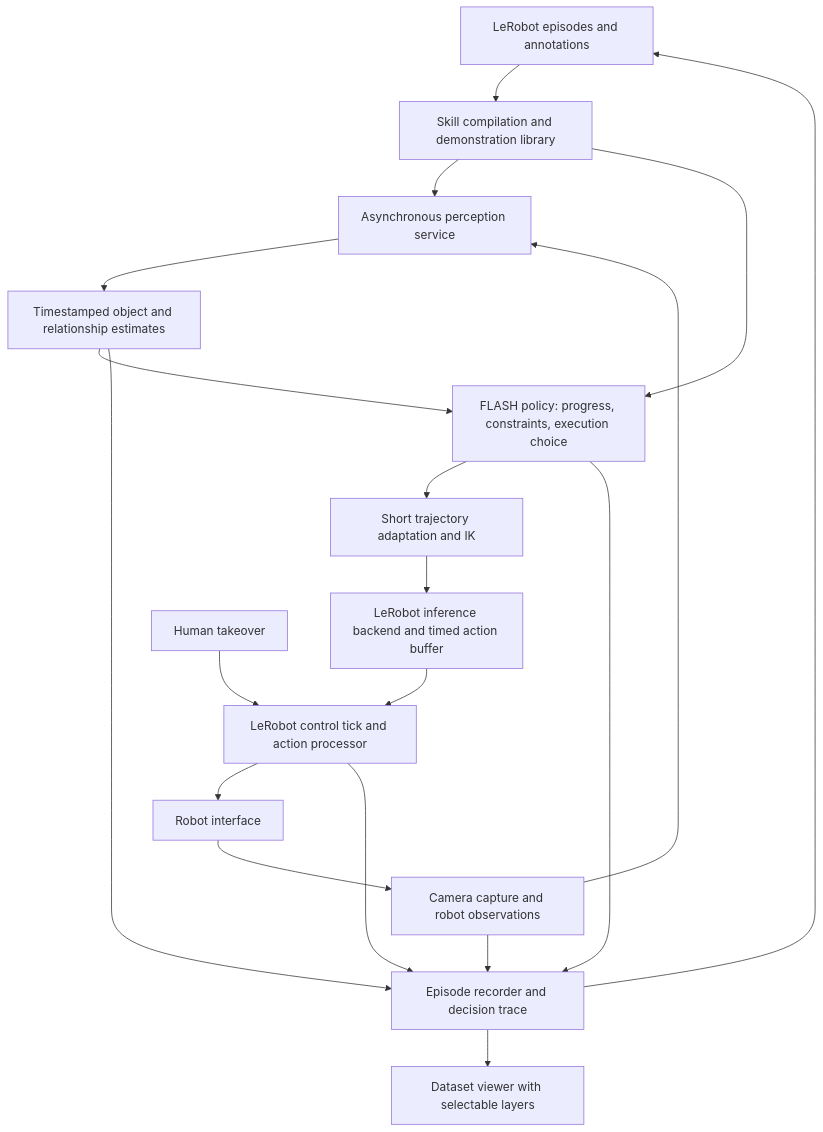
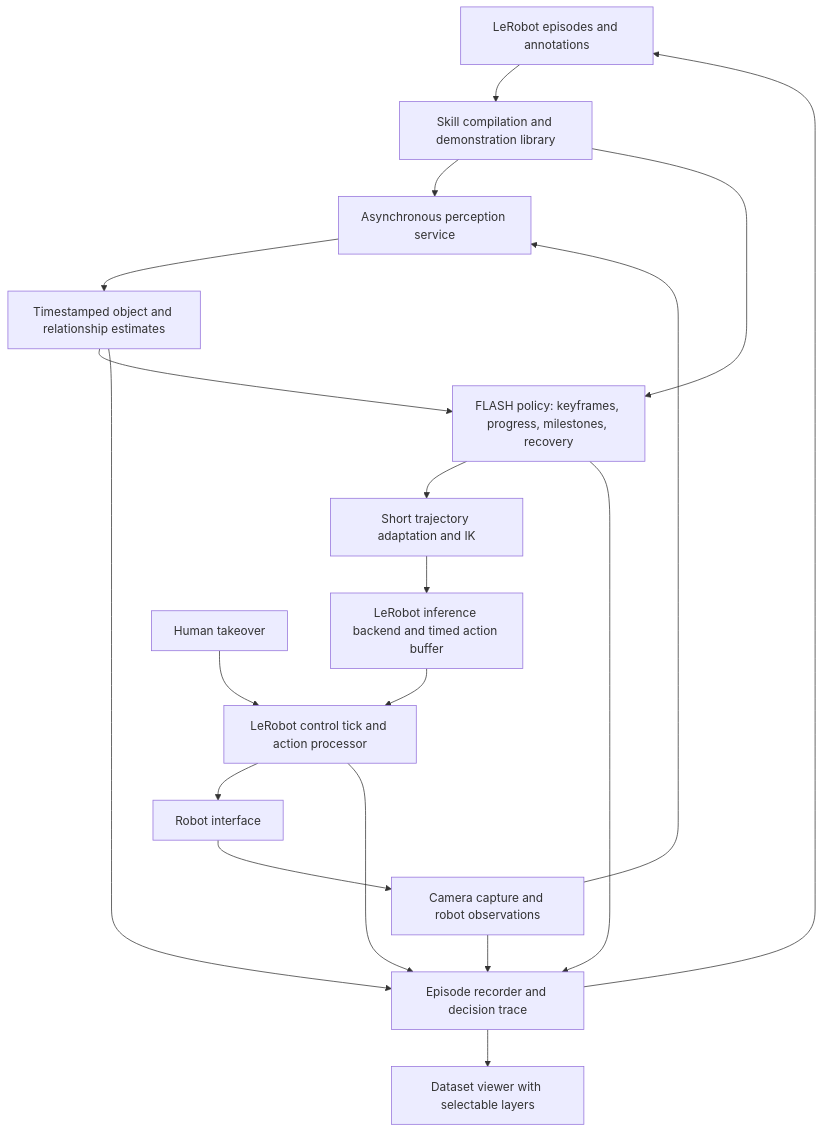
One commit to TheWisp/lerobot changed the diagram in src/lerobot/policies/flash/docs/architecture.md. Above: the diagram before and after it, drawn with Mermaid. The commit also changed other lines of this file, not shown here.

````diff
--- a/src/lerobot/policies/flash/docs/architecture.md
+++ b/src/lerobot/policies/flash/docs/architecture.md
@@ -65,21 +69,21 @@
 ```mermaid
 flowchart TD
     EP[LeRobot episodes and annotations] --> SK[Skill compilation and demonstration library]
     CAM[Camera capture and robot observations] --> PE[Asynchronous perception service]
     SK --> PE
     PE --> BE[Timestamped object and relationship estimates]
-    SK --> FP[FLASH policy: progress, constraints, execution choice]
+    SK --> FP[FLASH policy: keyframes, progress, milestones, recovery]
     BE --> FP
     FP --> PL[Short trajectory adaptation and IK]
     PL --> Q[LeRobot inference backend and timed action buffer]
     Q --> LOOP[LeRobot control tick and action processor]
     HU[Human takeover] --> LOOP
     LOOP --> RO[Robot interface]
     RO --> CAM
     CAM --> REC[Episode recorder and decision trace]
     BE --> REC
     FP --> REC
     LOOP --> REC
     REC --> EP
     REC --> UI[Dataset viewer with selectable layers]
 ```
````
